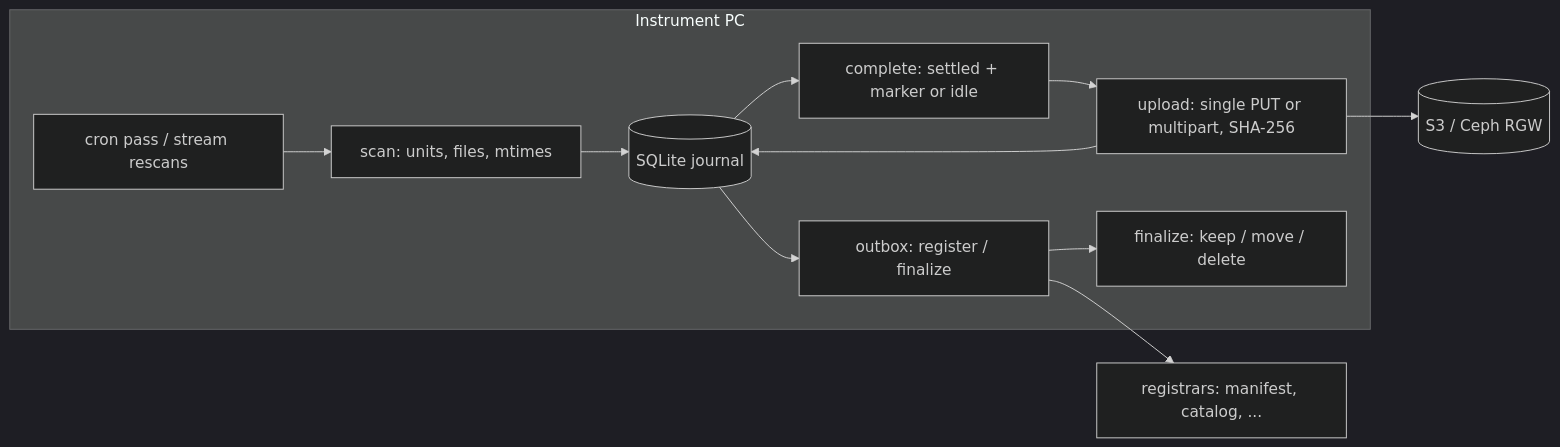
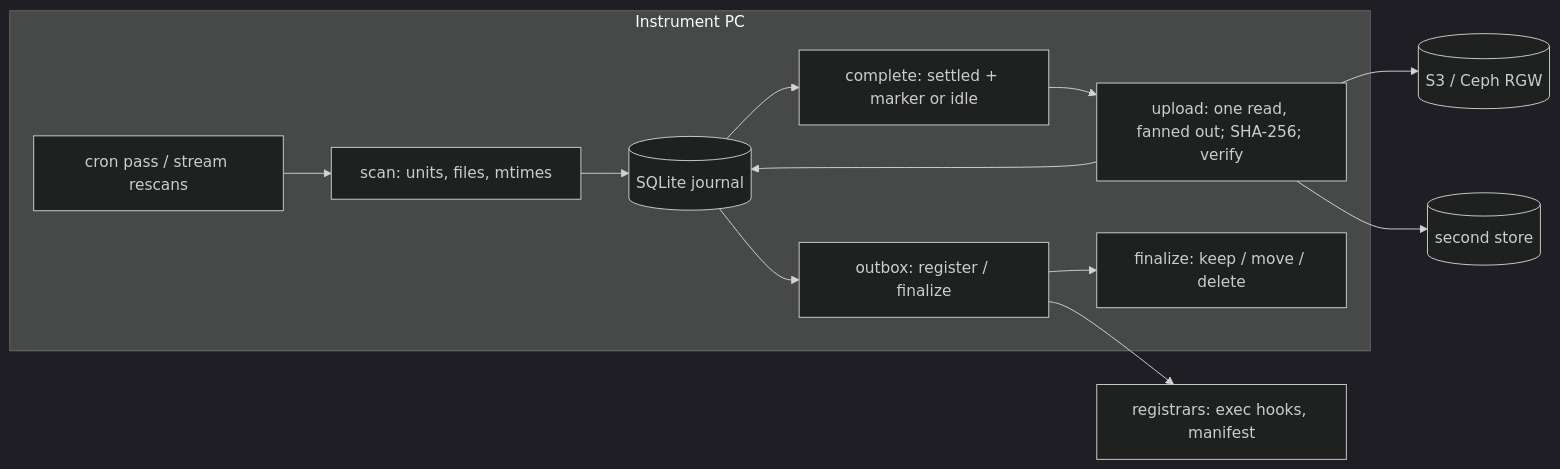
Before and after one commit to Rosebud-Biosciences/ferry: the diagram in docs/design.md, drawn with Mermaid (dark theme). The commit also changed other lines of this file and 4 other files, not shown here.

````diff
--- a/docs/design.md
+++ b/docs/design.md
@@ -42,14 +54,15 @@
 ```mermaid
 flowchart LR
   subgraph node [Instrument PC]
     triggers["cron pass / stream rescans"] --> scan["scan: units, files, mtimes"]
     scan --> journal[("SQLite journal")]
     journal --> complete["complete: settled + marker or idle"]
-    complete --> upload["upload: single PUT or multipart, SHA-256"]
+    complete --> upload["upload: one read, fanned out; SHA-256; verify"]
     upload --> journal
     journal --> outbox["outbox: register / finalize"]
     outbox --> finalize["finalize: keep / move / delete"]
   end
-  upload --> store[("S3 / Ceph RGW")]
-  outbox --> registrars["registrars: manifest, catalog, ..."]
+  upload --> storeA[("S3 / Ceph RGW")]
+  upload --> storeB[("second store")]
+  outbox --> registrars["registrars: exec hooks, manifest"]
 ```
````
